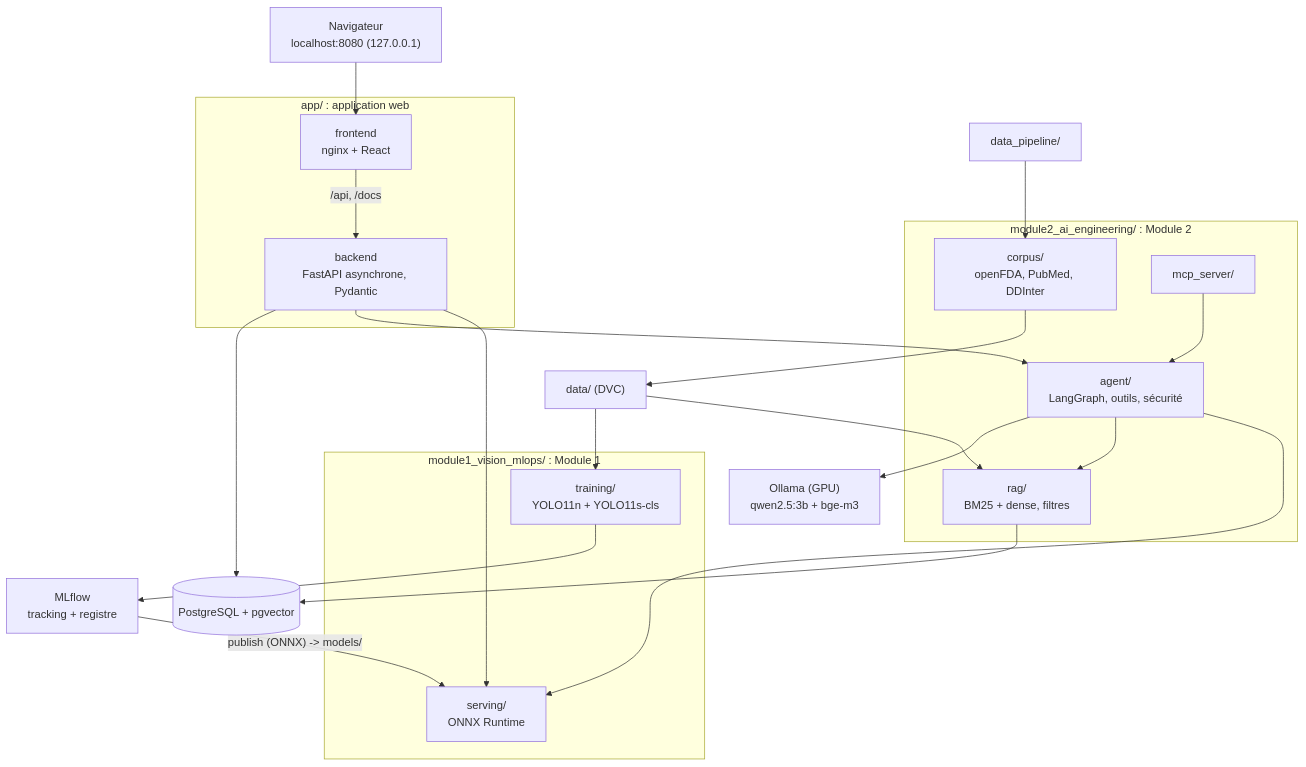
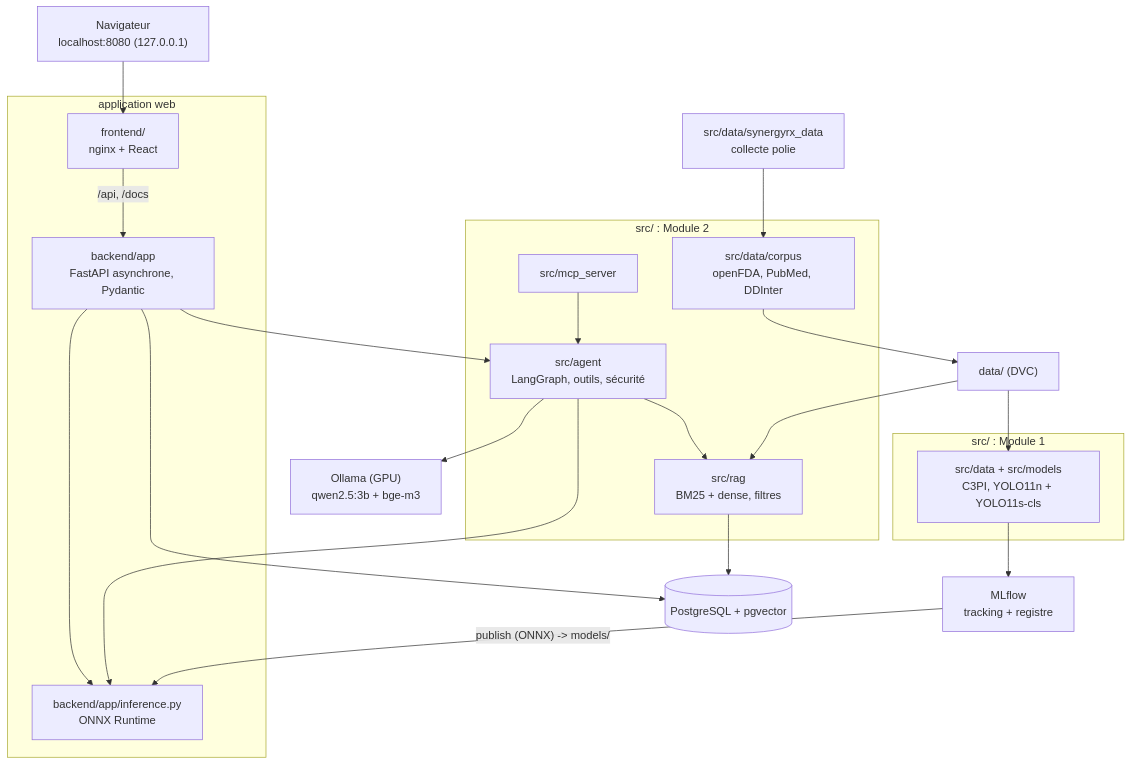
The diagram in docs/architecture.md (melekbouabid/syRX), drawn with Mermaid before and after one commit. The commit also changed other lines of this file and 59 other files, not shown here.

````diff
--- a/docs/architecture.md
+++ b/docs/architecture.md
@@ -10,31 +11,31 @@
 ```mermaid
 flowchart TB
   NAV["Navigateur<br/>localhost:8080 (127.0.0.1)"] --> FE
-  subgraph APP["app/ : application web"]
-    FE["frontend<br/>nginx + React"] -- "/api, /docs" --> BE["backend<br/>FastAPI asynchrone, Pydantic"]
+  subgraph APP["application web"]
+    FE["frontend/<br/>nginx + React"] -- "/api, /docs" --> BE["backend/app<br/>FastAPI asynchrone, Pydantic"]
+    SCAN["backend/app/inference.py<br/>ONNX Runtime"]
   end
-  subgraph M1["module1_vision_mlops/ : Module 1"]
-    TR["training/<br/>YOLO11n + YOLO11s-cls"]
-    SCAN["serving/<br/>ONNX Runtime"]
+  subgraph M1["src/ : Module 1"]
+    TR["src/data + src/models<br/>C3PI, YOLO11n + YOLO11s-cls"]
   end
-  subgraph M2["module2_ai_engineering/ : Module 2"]
-    CORP["corpus/<br/>openFDA, PubMed, DDInter"]
-    RAG["rag/<br/>BM25 + dense, filtres"]
-    AG["agent/<br/>LangGraph, outils, sécurité"]
-    MCP["mcp_server/"]
+  subgraph M2["src/ : Module 2"]
+    CORP["src/data/corpus<br/>openFDA, PubMed, DDInter"]
+    RAG["src/rag<br/>BM25 + dense, filtres"]
+    AG["src/agent<br/>LangGraph, outils, sécurité"]
+    MCP["src/mcp_server"]
   end
   BE --> SCAN
   BE --> AG
   MCP --> AG
   AG --> SCAN
   AG --> RAG
   RAG --> PG[("PostgreSQL + pgvector")]
   BE --> PG
   AG --> OL["Ollama (GPU)<br/>qwen2.5:3b + bge-m3"]
   DATA["data/ (DVC)"] --> TR
-  PIPE["data_pipeline/"] --> CORP
+  PIPE["src/data/synergyrx_data<br/>collecte polie"] --> CORP
   CORP --> DATA
   DATA --> RAG
   TR --> MLF["MLflow<br/>tracking + registre"]
   MLF -- "publish (ONNX) -> models/" --> SCAN
 ```
````
